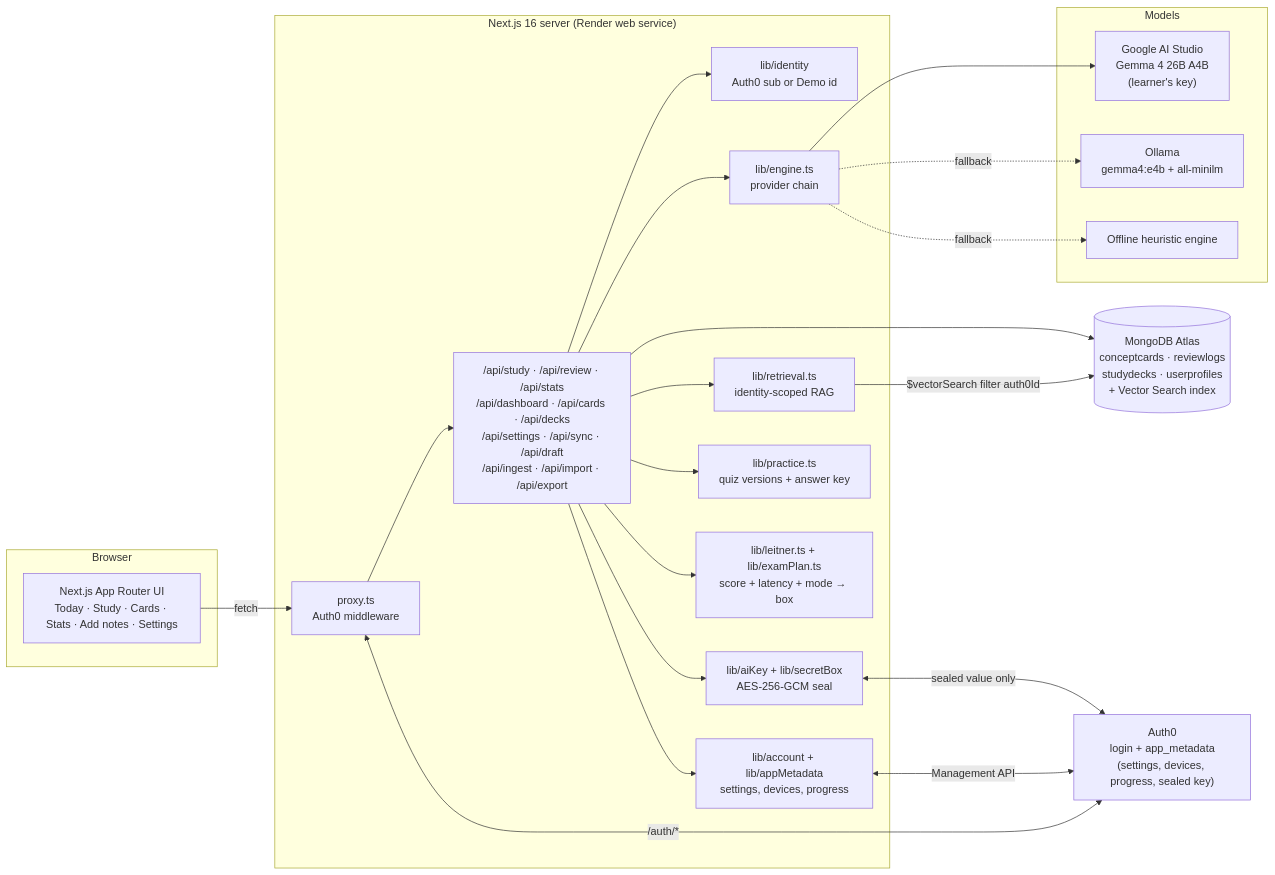
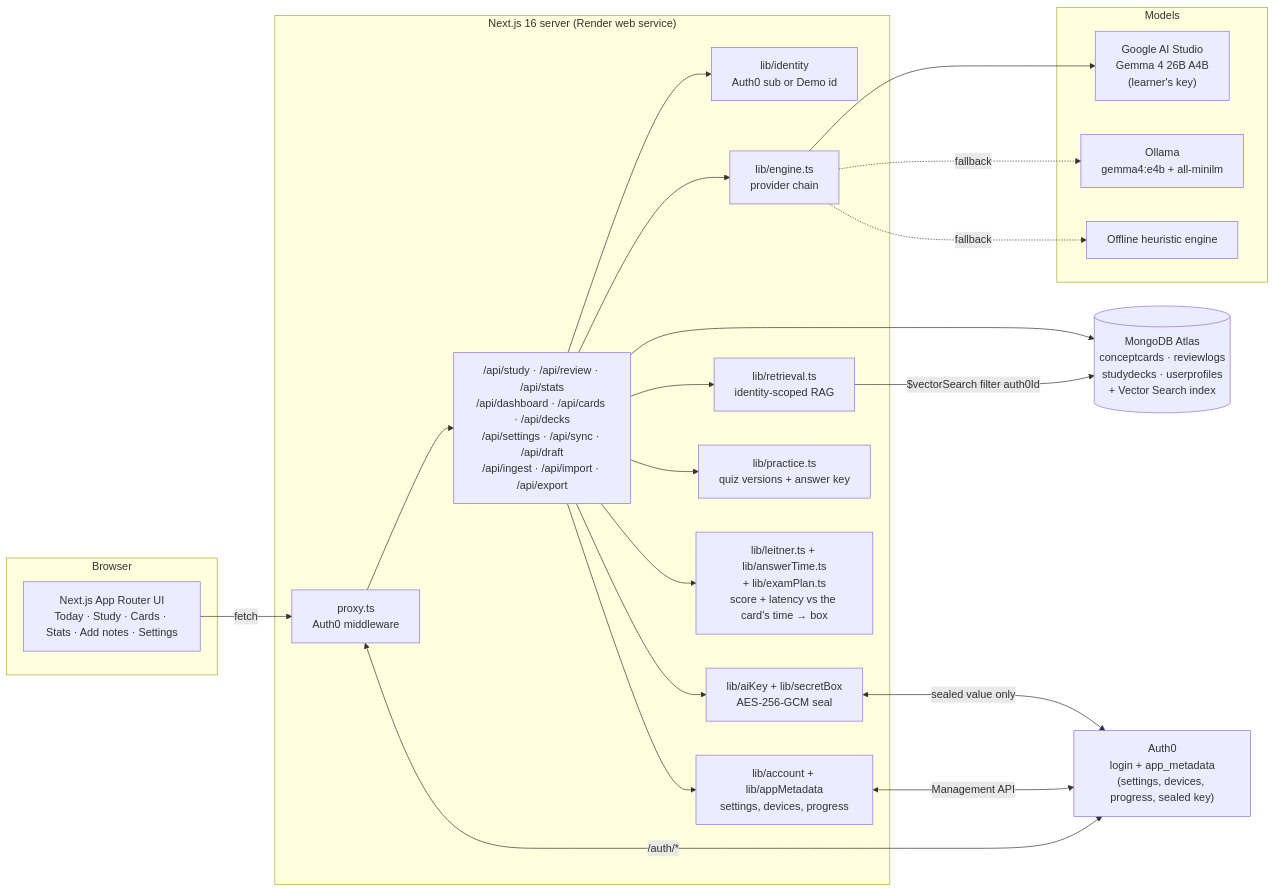
The first of 2 diagrams in README.md (realarbird/Deep-Retrain), drawn with Mermaid before and after one commit. The commit also changed other lines of this file and 27 other files, not shown here.

````diff
--- a/README.md
+++ b/README.md
@@ -151,40 +179,40 @@
 ```mermaid
 flowchart LR
   subgraph Browser
     UI["Next.js App Router UI<br/>Today · Study · Cards · Stats · Add notes · Settings"]
   end
 
   subgraph Next["Next.js 16 server (Render web service)"]
     P["proxy.ts<br/>Auth0 middleware"]
     ID["lib/identity<br/>Auth0 sub or Demo id"]
     API["/api/study · /api/review · /api/stats<br/>/api/dashboard · /api/cards · /api/decks<br/>/api/settings · /api/sync · /api/draft<br/>/api/ingest · /api/import · /api/export"]
     ACC["lib/account + lib/appMetadata<br/>settings, devices, progress"]
     K["lib/aiKey + lib/secretBox<br/>AES-256-GCM seal"]
     E["lib/engine.ts<br/>provider chain"]
     PR["lib/practice.ts<br/>quiz versions + answer key"]
-    L["lib/leitner.ts + lib/examPlan.ts<br/>score + latency + mode → box"]
+    L["lib/leitner.ts + lib/answerTime.ts<br/>+ lib/examPlan.ts<br/>score + latency vs the card's time → box"]
     R["lib/retrieval.ts<br/>identity-scoped RAG"]
   end
 
   subgraph AI["Models"]
     GS["Google AI Studio<br/>Gemma 4 26B A4B<br/>(learner's key)"]
     O["Ollama<br/>gemma4:e4b + all-minilm"]
     H["Offline heuristic engine"]
   end
 
   DB[("MongoDB Atlas<br/>conceptcards · reviewlogs<br/>studydecks · userprofiles<br/>+ Vector Search index")]
   A0["Auth0<br/>login + app_metadata<br/>(settings, devices, progress, sealed key)"]
 
   UI -->|fetch| P --> API
   P <-->|/auth/*| A0
   API --> ID
   API --> ACC <-->|Management API| A0
   API --> K <-->|sealed value only| A0
   API --> E --> GS
   E -.fallback.-> O
   E -.fallback.-> H
   API --> PR
   API --> L
   API --> R -->|"$vectorSearch filter auth0Id"| DB
   API --> DB
 ```
````
